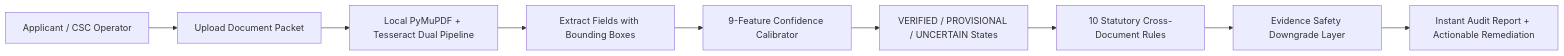
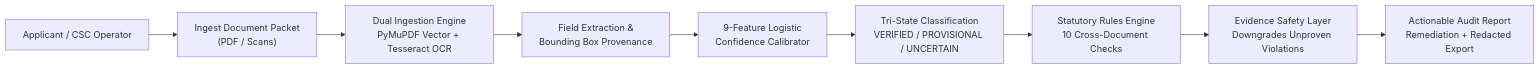
Before and after one commit to Algoryxz/DocuReady: the diagram in README.md, drawn with Mermaid. The commit also changed other lines of this file and 1 other file, not shown here.

````diff
--- a/README.md
+++ b/README.md
@@ -32,11 +19,11 @@
 ```mermaid
 flowchart LR
-    Applicant[Applicant / CSC Operator] --> Upload[Upload Document Packet]
-    Upload --> Ingest[Local PyMuPDF + Tesseract Dual Pipeline]
-    Ingest --> Provenance[Extract Fields with Bounding Boxes]
-    Provenance --> Calibrator[9-Feature Confidence Calibrator]
-    Calibrator --> TriState[VERIFIED / PROVISIONAL / UNCERTAIN States]
-    TriState --> Rules[10 Statutory Cross-Document Rules]
-    Rules --> Safety[Evidence Safety Downgrade Layer]
-    Safety --> AuditReport[Instant Audit Report + Actionable Remediation]
+    Applicant["Applicant / CSC Operator"] --> Upload["Ingest Document Packet<br/>(PDF / Scans)"]
+    Upload --> Ingest["Dual Ingestion Engine<br/>PyMuPDF Vector + Tesseract OCR"]
+    Ingest --> Provenance["Field Extraction &<br/>Bounding Box Provenance"]
+    Provenance --> Calibrator["9-Feature Logistic<br/>Confidence Calibrator"]
+    Calibrator --> TriState["Tri-State Classification<br/>VERIFIED / PROVISIONAL / UNCERTAIN"]
+    TriState --> Rules["Statutory Rules Engine<br/>10 Cross-Document Checks"]
+    Rules --> Safety["Evidence Safety Layer<br/>Downgrades Unproven Violations"]
+    Safety --> AuditReport["Actionable Audit Report<br/>Remediation + Redacted Export"]
 ```
````
